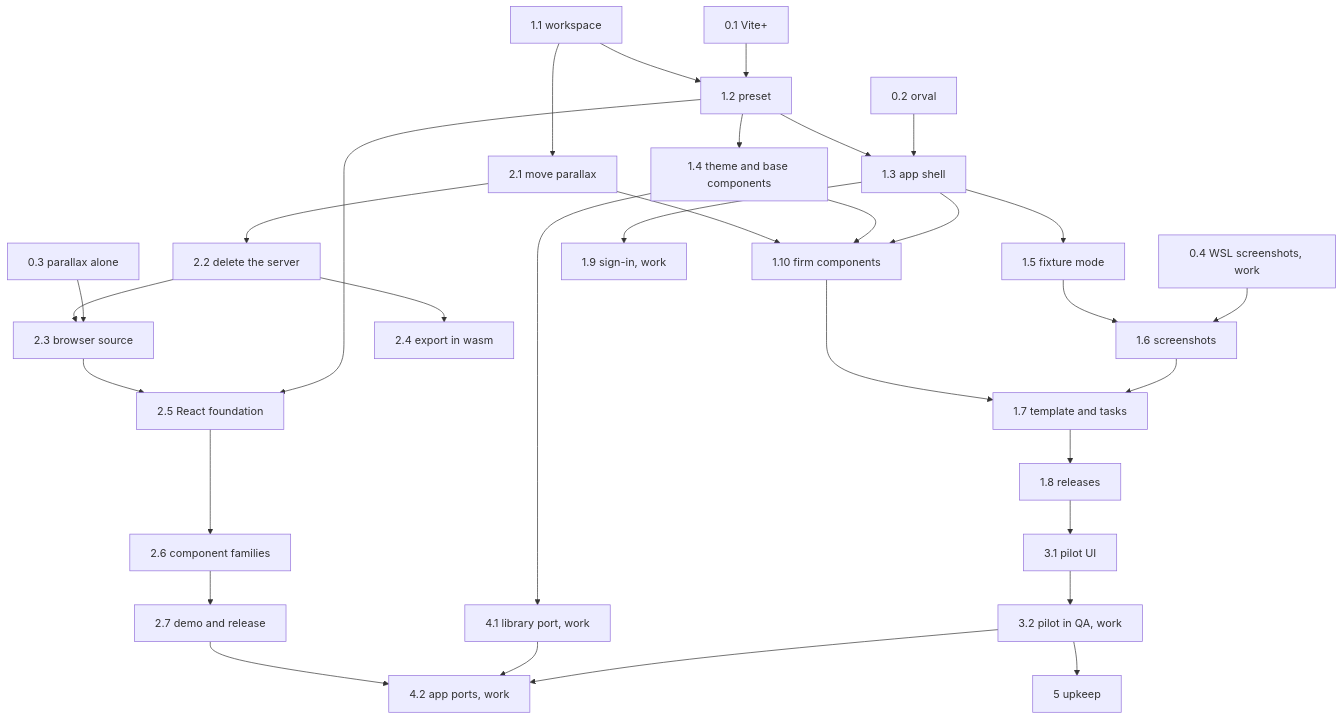
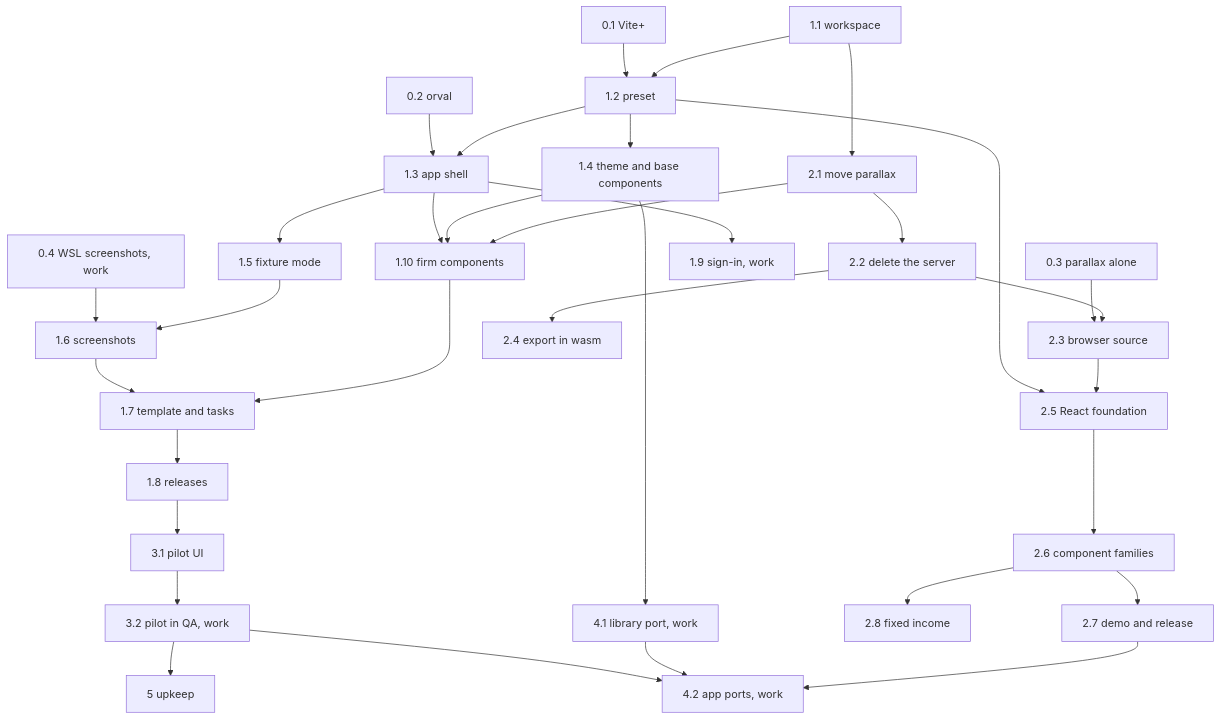
The diagram in docs/roadmap.md (jacobragsdale/basis-ui), drawn with Mermaid before and after one commit. The commit also changed other lines of this file and 2 other files, not shown here.

First line of the commit message:
Plan step 2.8: parallax for fixed income (relative-value scatter, tenor and rating orders, bp/32nds/par formats, SIFMA axis, waterfall, curve panes, reversed axes) (#37)

````diff
--- a/docs/roadmap.md
+++ b/docs/roadmap.md
@@ -27,23 +27,24 @@
 ```mermaid
 flowchart TD
   s01[0.1 Vite+] --> u2[1.2 preset]
   s02[0.2 orval] --> u3[1.3 app shell]
   s03[0.3 parallax alone] --> p3[2.3 browser source]
   s04[0.4 WSL screenshots, work] --> u6[1.6 screenshots]
   u1[1.1 workspace] --> u2
   u2 --> u3 --> u5[1.5 fixture mode] --> u6 --> u7[1.7 template and tasks] --> u8[1.8 releases] --> l1[3.1 pilot UI]
   u2 --> u4[1.4 theme and base components] --> c1[4.1 library port, work]
   u3 --> u10[1.10 firm components]
   u4 --> u10 --> u7
   p1 --> u10
   u3 --> u9[1.9 sign-in, work]
   u1 --> p1[2.1 move parallax] --> p2[2.2 delete the server] --> p3
   p2 --> p4[2.4 export in wasm]
   u2 --> p5[2.5 React foundation]
   p3 --> p5 --> p6[2.6 component families] --> p7[2.7 demo and release]
+  p6 --> p8[2.8 fixed income]
   l1 --> l2[3.2 pilot in QA, work]
   l2 --> c2[4.2 app ports, work]
   c1 --> c2
   p7 --> c2
   l2 --> g[5 upkeep]
 ```
````
